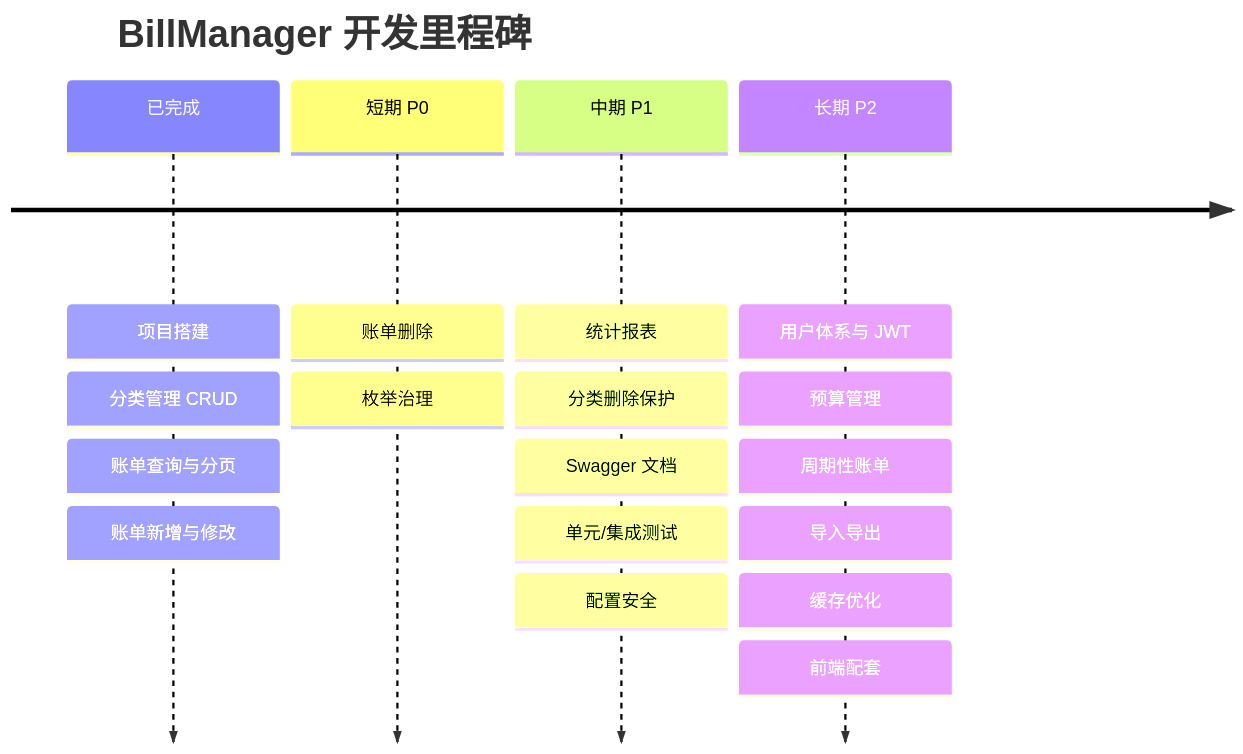
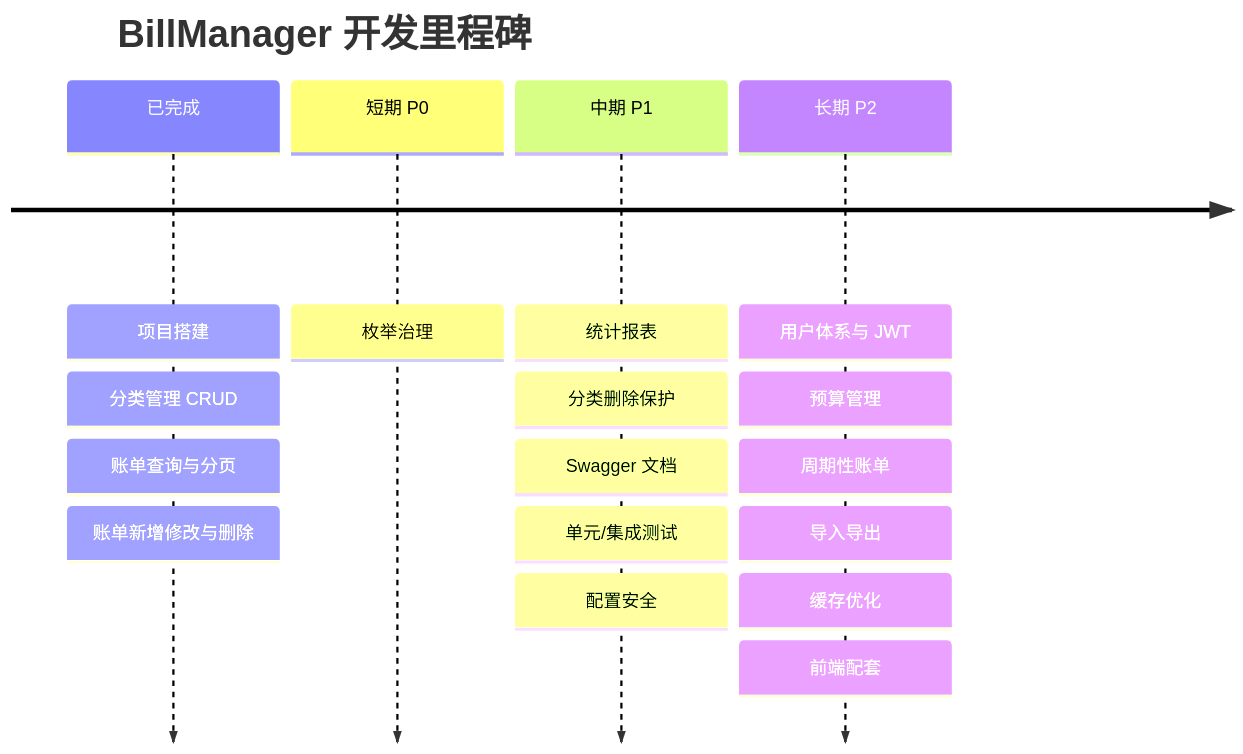
One commit to 19604557341/BillManager changed the diagram in docs/未来开发规划.md. Above: the diagram before and after it, drawn with Mermaid. The commit also changed other lines of this file and 25 other files, not shown here.

````diff
--- a/docs/未来开发规划.md
+++ b/docs/未来开发规划.md
@@ -112,8 +112,8 @@
 ```mermaid
 timeline
     title BillManager 开发里程碑
-    已完成 : 项目搭建 : 分类管理 CRUD : 账单查询与分页 : 账单新增与修改
-    短期 P0 : 账单删除 : 枚举治理
+    已完成 : 项目搭建 : 分类管理 CRUD : 账单查询与分页 : 账单新增修改与删除
+    短期 P0 : 枚举治理
     中期 P1 : 统计报表 : 分类删除保护 : Swagger 文档 : 单元/集成测试 : 配置安全
     长期 P2 : 用户体系与 JWT : 预算管理 : 周期性账单 : 导入导出 : 缓存优化 : 前端配套
 ```
````
